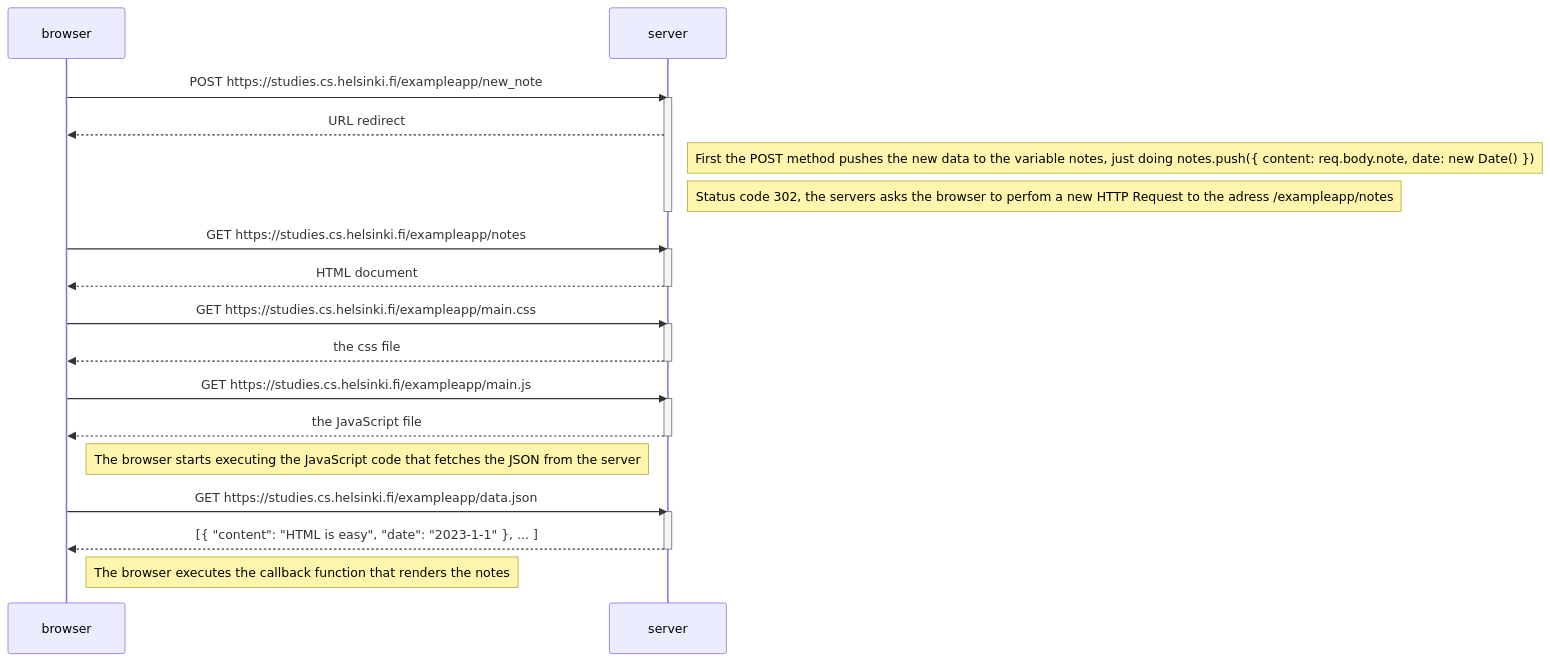
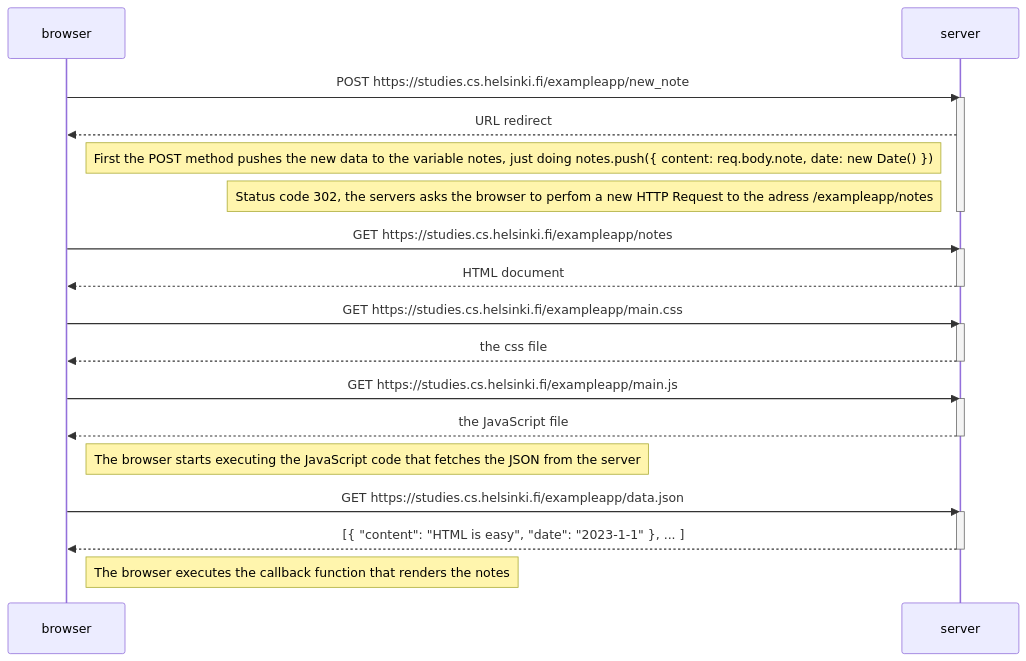
The diagram in part0/diagram.md (Negrodcc/FullStackExercises), drawn with Mermaid before and after one commit.

Commit message:
FIX: direction of first two notes is left now

````diff
--- a/part0/diagram.md
+++ b/part0/diagram.md
@@ -1,37 +1,37 @@
 ```mermaid
 sequenceDiagram
     participant browser
     participant server
 
     browser->>server: POST https://studies.cs.helsinki.fi/exampleapp/new_note
     activate server
     server-->>browser: URL redirect
-    Note right of server: First the POST method pushes the new data to the variable notes, just doing notes.push({ content: req.body.note, date: new Date() })
-    Note right of server: Status code 302, the servers asks the browser to perfom a new HTTP Request to the adress /exampleapp/notes 
+    Note left of server: First the POST method pushes the new data to the variable notes, just doing notes.push({ content: req.body.note, date: new Date() })
+    Note left of server: Status code 302, the servers asks the browser to perfom a new HTTP Request to the adress /exampleapp/notes 
 
     deactivate server
 
     browser->>server: GET https://studies.cs.helsinki.fi/exampleapp/notes
     activate server
     server-->>browser: HTML document
     deactivate server
 
     browser->>server: GET https://studies.cs.helsinki.fi/exampleapp/main.css
     activate server
     server-->>browser: the css file
     deactivate server
 
     browser->>server: GET https://studies.cs.helsinki.fi/exampleapp/main.js
     activate server
     server-->>browser: the JavaScript file
     deactivate server
 
     Note right of browser: The browser starts executing the JavaScript code that fetches the JSON from the server
 
     browser->>server: GET https://studies.cs.helsinki.fi/exampleapp/data.json
     activate server
     server-->>browser: [{ "content": "HTML is easy", "date": "2023-1-1" }, ... ]
     deactivate server
 
     Note right of browser: The browser executes the callback function that renders the notes
 ```
````
